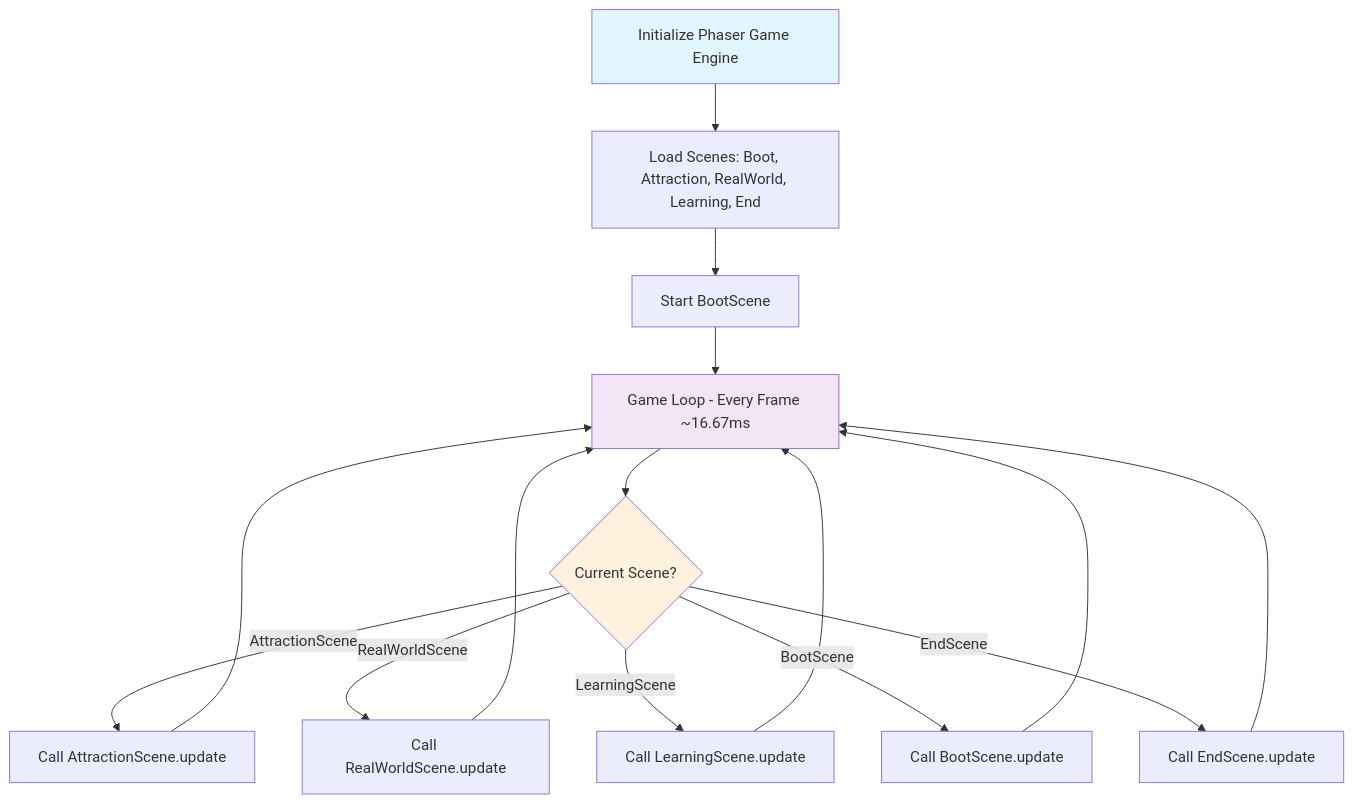
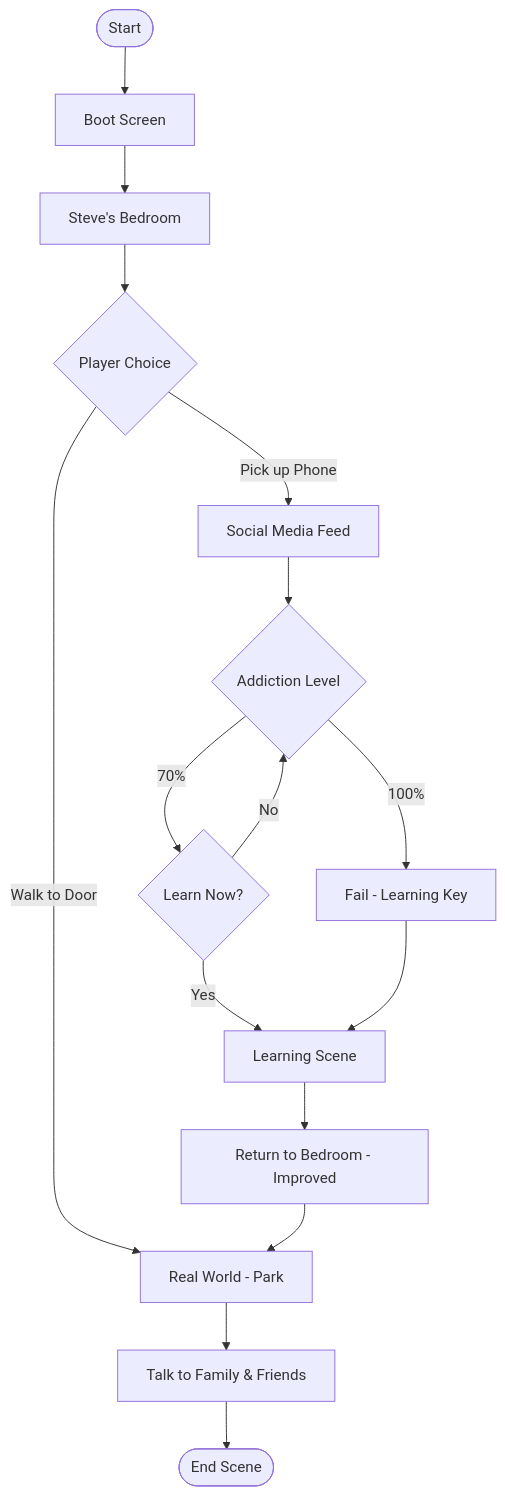
One commit to MNSBaanu/EchoSphere changed the first of 8 diagrams in docs/08_Algorithm.md. Above: the diagram before and after it, drawn with Mermaid. The commit also changed other lines of this file, not shown here.

First line of the commit message:
docs(Algorithm): simplify flowcharts and remove pseudocode

````diff
--- a/docs/08_Algorithm.md
+++ b/docs/08_Algorithm.md
@@ -5,23 +5,18 @@
 ```mermaid
 flowchart TD
-    A[Initialize Phaser Game Engine] --> B[Load Scenes: Boot, Attraction, RealWorld, Learning, End]
-    B --> C[Start BootScene]
-    C --> D[Game Loop - Every Frame ~16.67ms]
-    
-    D --> E{Current Scene?}
-    E -->|AttractionScene| F[Call AttractionScene.update]
-    E -->|RealWorldScene| G[Call RealWorldScene.update]
-    E -->|LearningScene| H[Call LearningScene.update]
-    E -->|BootScene| I[Call BootScene.update]
-    E -->|EndScene| J[Call EndScene.update]
-    
-    F --> D
-    G --> D
-    H --> D
-    I --> D
-    J --> D
-    
-    style A fill:#e1f5fe
-    style D fill:#f3e5f5
-    style E fill:#fff3e0
+    A([Start]) --> B[Boot Screen]
+    B --> C[Steve's Bedroom]
+    C --> D{Player Choice}
+    D -->|Pick up Phone| E[Social Media Feed]
+    D -->|Walk to Door| F[Real World - Park]
+    E --> G{Addiction Level}
+    G -->|70%| H{Learn Now?}
+    G -->|100%| I[Fail - Learning Key]
+    H -->|Yes| J[Learning Scene]
+    H -->|No| G
+    I --> J
+    J --> K[Return to Bedroom - Improved]
+    K --> F
+    F --> L[Talk to Family & Friends]
+    L --> M([End Scene])
 ```
````
